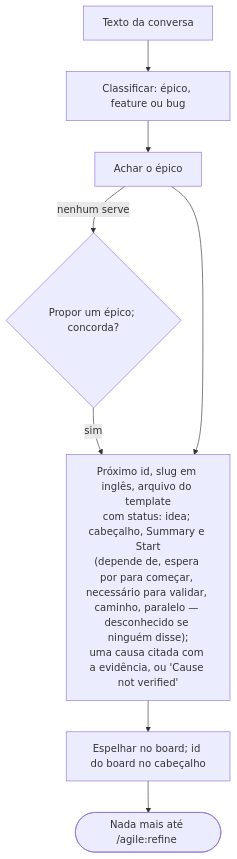
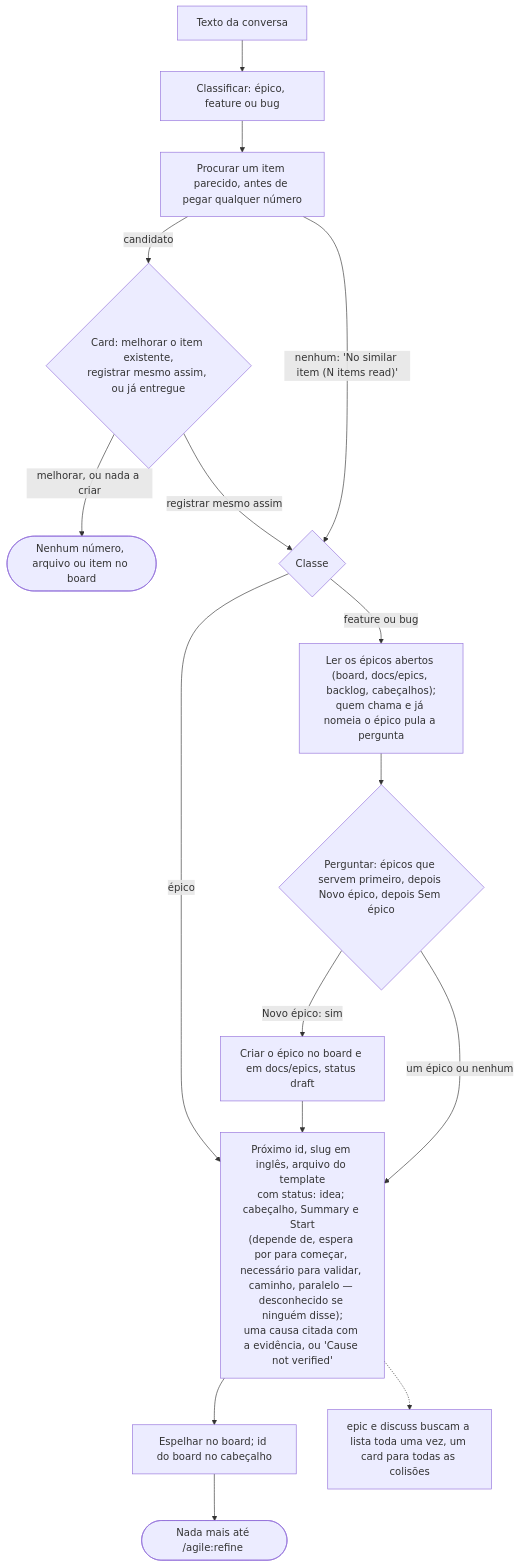
Before and after one commit to alexcanario/simulab: the fourth of 20 diagrams in docs/agile/workflow.pt-BR.md, drawn with Mermaid. The commit also changed other lines of this file and 11 other files, not shown here.

````diff
--- a/docs/agile/workflow.pt-BR.md
+++ b/docs/agile/workflow.pt-BR.md
@@ -2502,10 +2644,18 @@
 ```mermaid
 flowchart TD
     A["Texto da conversa"] --> B["Classificar: épico, feature ou bug"]
-    B --> C["Achar o épico"]
-    C -->|nenhum serve| C1{"Propor um épico; concorda?"}
-    C1 -->|sim| D
-    C --> D["Próximo id, slug em inglês, arquivo do template<br/>com status: idea; cabeçalho, Summary e Start<br/>(depende de, espera por para começar, necessário para validar, caminho, paralelo — desconhecido se ninguém disse);<br/>uma causa citada com a evidência, ou 'Cause not verified'"]
+    B --> B1["Procurar um item parecido, antes de pegar qualquer número"]
+    B1 -->|candidato| B2{"Card: melhorar o item existente,<br/>registrar mesmo assim, ou já entregue"}
+    B2 -->|melhorar, ou nada a criar| B3(["Nenhum número, arquivo ou item no board"])
+    B2 -->|registrar mesmo assim| B5{"Classe"}
+    B1 -->|"nenhum: 'No similar item (N items read)'"| B5
+    B5 -->|épico| D
+    B5 -->|feature ou bug| C["Ler os épicos abertos (board, docs/epics, backlog, cabeçalhos);<br/>quem chama e já nomeia o épico pula a pergunta"]
+    C --> C1{"Perguntar: épicos que servem primeiro, depois Novo épico, depois Sem épico"}
+    C1 -->|"Novo épico: sim"| C2["Criar o épico no board e em docs/epics, status draft"]
+    C2 --> D
+    C1 -->|"um épico ou nenhum"| D["Próximo id, slug em inglês, arquivo do template<br/>com status: idea; cabeçalho, Summary e Start<br/>(depende de, espera por para começar, necessário para validar, caminho, paralelo — desconhecido se ninguém disse);<br/>uma causa citada com a evidência, ou 'Cause not verified'"]
     D --> E["Espelhar no board; id do board no cabeçalho"]
+    D -.-> D0["epic e discuss buscam a lista toda uma vez, um card para todas as colisões"]
     E --> F(["Nada mais até /agile:refine <id>"])
 ```
````
